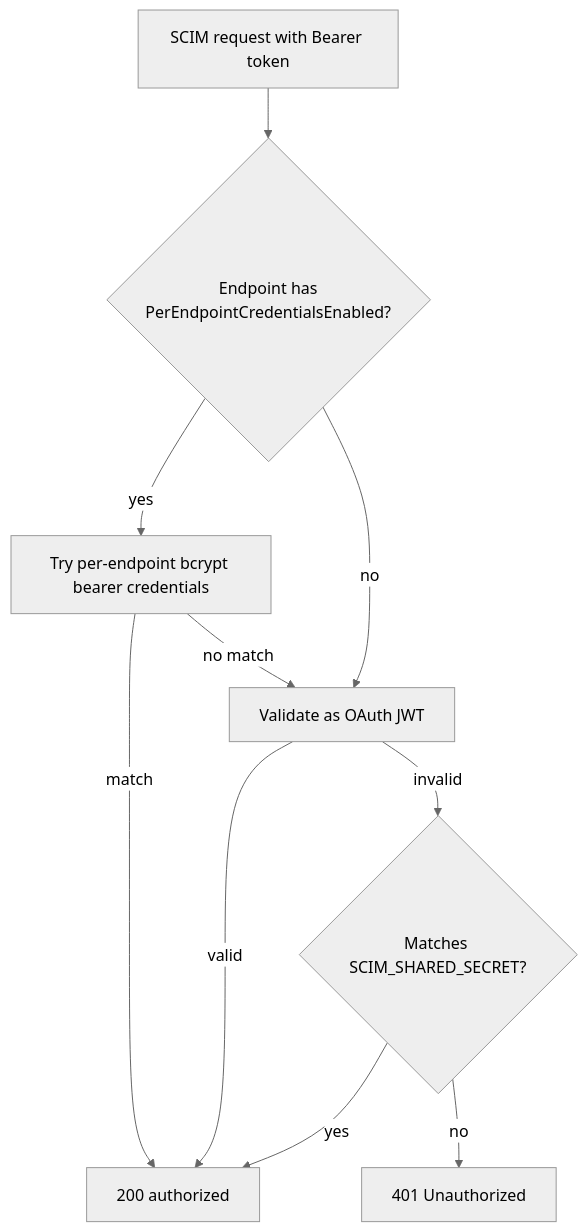
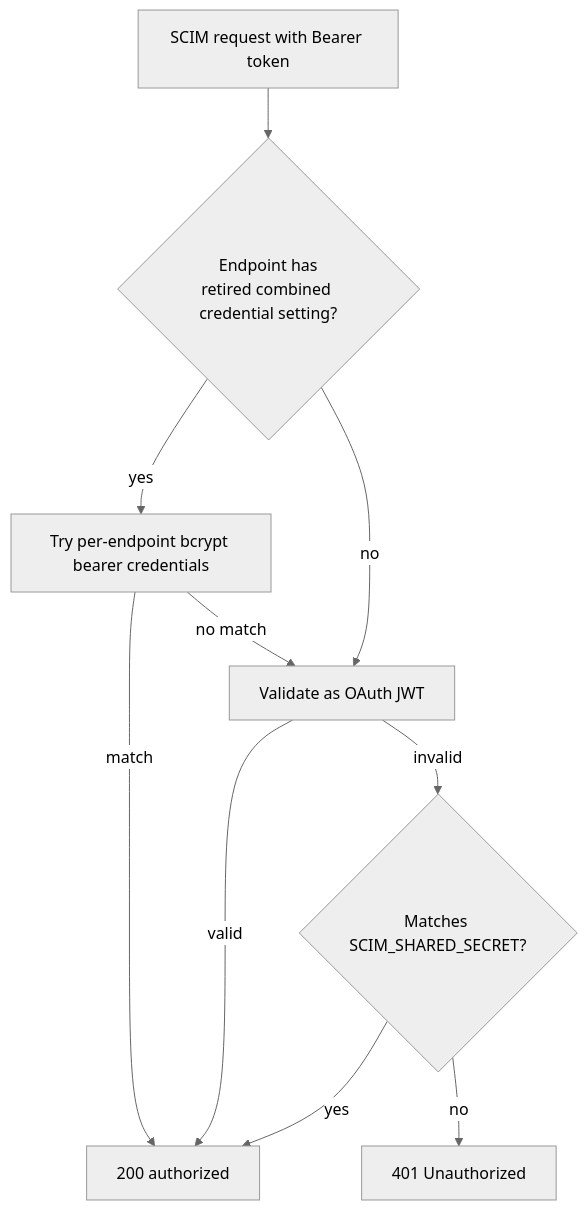
Before and after one commit to pranems/SCIMServer: diagram 12 of 18 in docs/auth/WIF_JWT_BEARER_ASSERTION_FOR_SCIM.md, drawn with Mermaid (neutral theme). The commit also changed other lines of this file and 113 other files, not shown here.

Commit message:
feat: retire combined endpoint credential setting

````diff
--- a/docs/auth/WIF_JWT_BEARER_ASSERTION_FOR_SCIM.md
+++ b/docs/auth/WIF_JWT_BEARER_ASSERTION_FOR_SCIM.md
@@ -727,12 +727,12 @@
 ```mermaid
 flowchart TD
-    A[SCIM request with Bearer token] --> B{Endpoint has<br/>PerEndpointCredentialsEnabled?}
+    A[SCIM request with Bearer token] --> B{Endpoint has<br/>retired combined credential setting?}
     B -- yes --> C[Try per-endpoint bcrypt bearer credentials]
     B -- no --> D
     C -- match --> OK[200 authorized]
     C -- no match --> D[Validate as OAuth JWT]
     D -- valid --> OK
     D -- invalid --> E{Matches SCIM_SHARED_SECRET?}
     E -- yes --> OK
     E -- no --> FAIL[401 Unauthorized]
 ```
````
